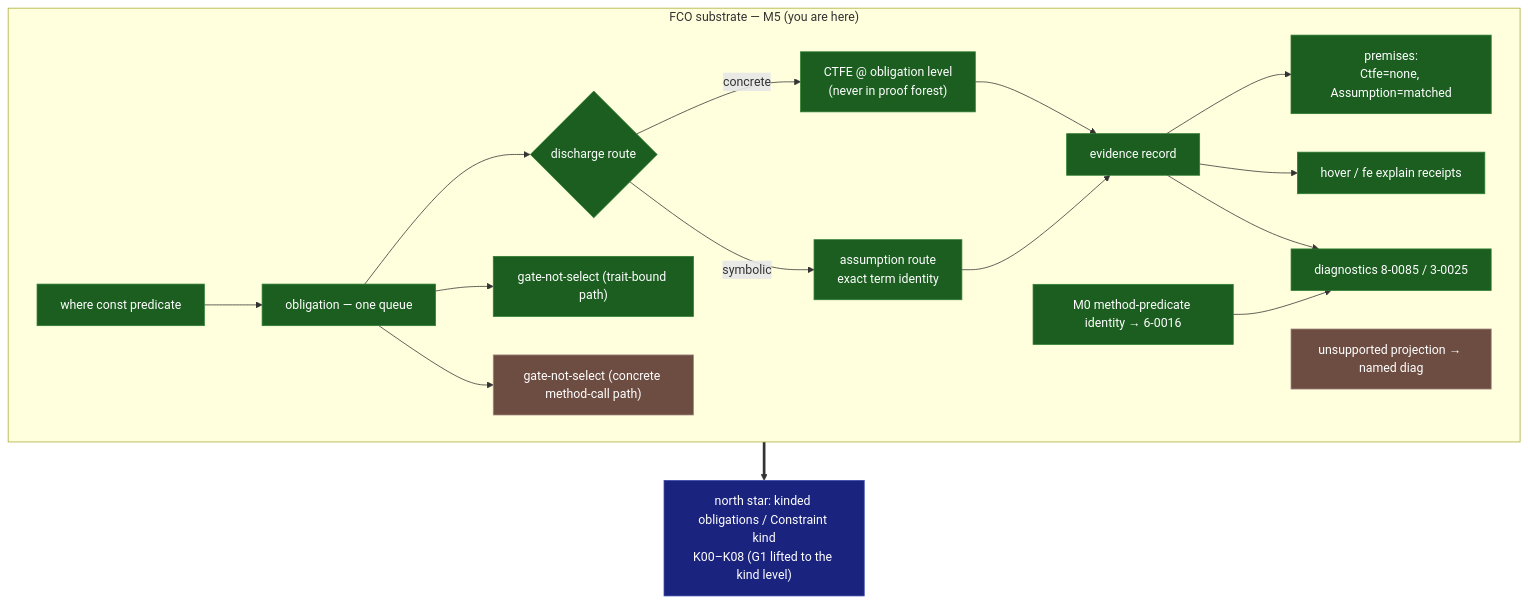
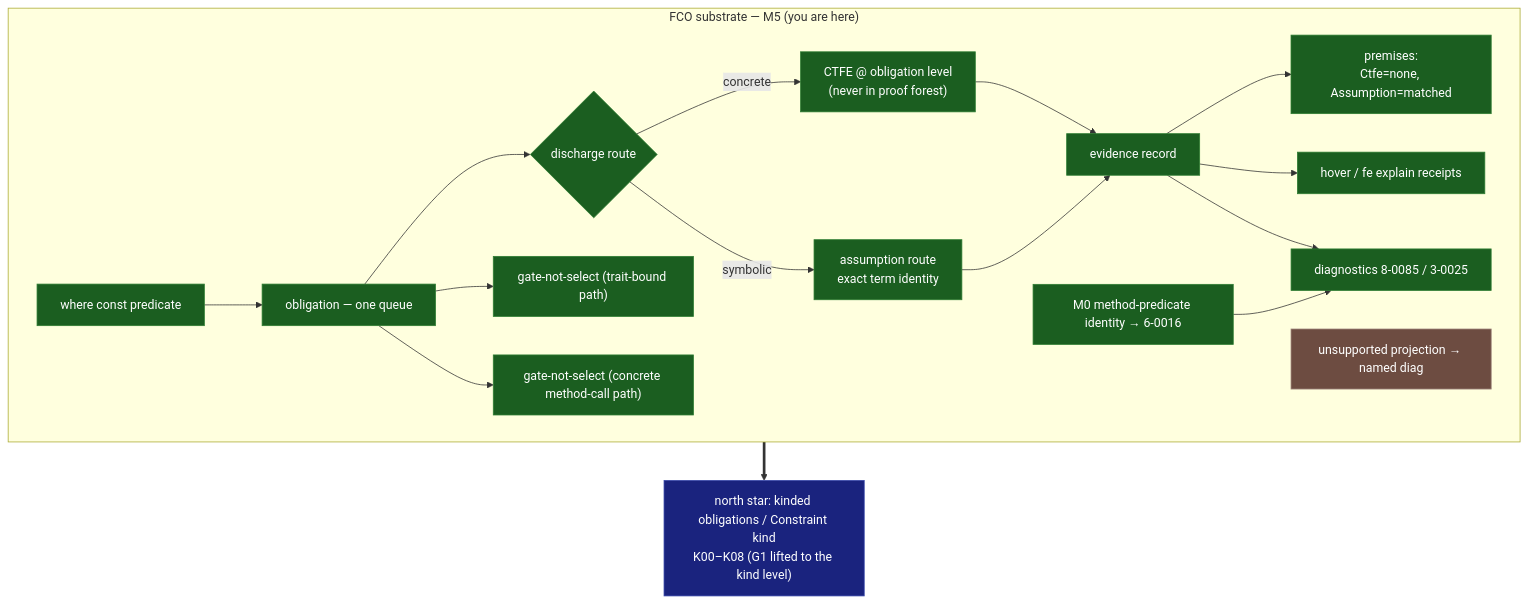
One commit to micahscopes/fe changed the diagram in docs/dev/FCO_STATUS_GRAPH.md. Above: the diagram before and after it, drawn with Mermaid. The commit also changed other lines of this file, not shown here.

````diff
--- a/docs/dev/FCO_STATUS_GRAPH.md
+++ b/docs/dev/FCO_STATUS_GRAPH.md
@@ -7,26 +7,27 @@
 ```mermaid
 flowchart TD
   subgraph SUB["FCO substrate — M5 (you are here)"]
     D["where const predicate"] --> O["obligation — one queue"]
     O --> R{"discharge route"}
     R -->|concrete| CTFE["CTFE @ obligation level<br/>(never in proof forest)"]
     R -->|symbolic| ASM["assumption route<br/>exact term identity"]
     CTFE --> EV["evidence record"]
     ASM --> EV
     EV --> PREM["premises:<br/>Ctfe=none, Assumption=matched"]
     EV --> HOV["hover / fe explain receipts"]
     EV --> DIAG["diagnostics 8-0085 / 3-0025"]
     O --> GT["gate-not-select (trait-bound path)"]
     O --> GC["gate-not-select (concrete method-call path)"]
     MC["M0 method-predicate identity → 6-0016"] --> DIAG
     UNS["unsupported projection → named diag"]
   end
   SUB ==> NS["north star: kinded obligations / Constraint kind<br/>K00–K08 (G1 lifted to the kind level)"]
 
   classDef done fill:#1b5e20,color:#fff,stroke:#2e7d32;
   classDef partial fill:#6d4c41,color:#fff,stroke:#a1887f;
   classDef star fill:#1a237e,color:#fff,stroke:#3949ab;
   class D,O,R,CTFE,ASM,EV,PREM,HOV,DIAG,GT,MC done;
-  class GC,UNS partial;
+  class GC done;
+  class UNS partial;
   class NS star;
 ```
````
